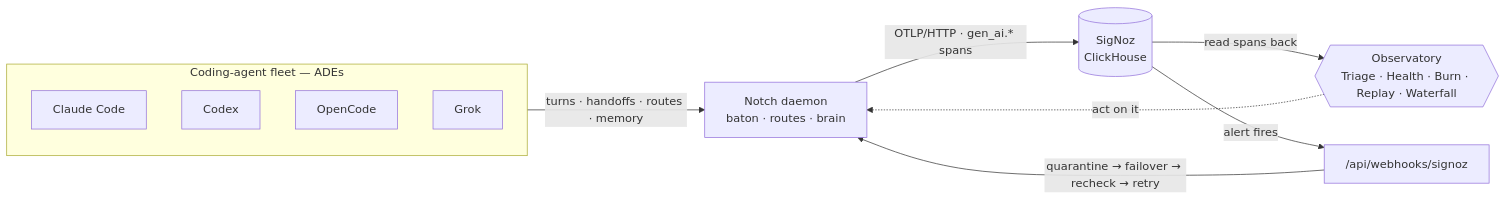
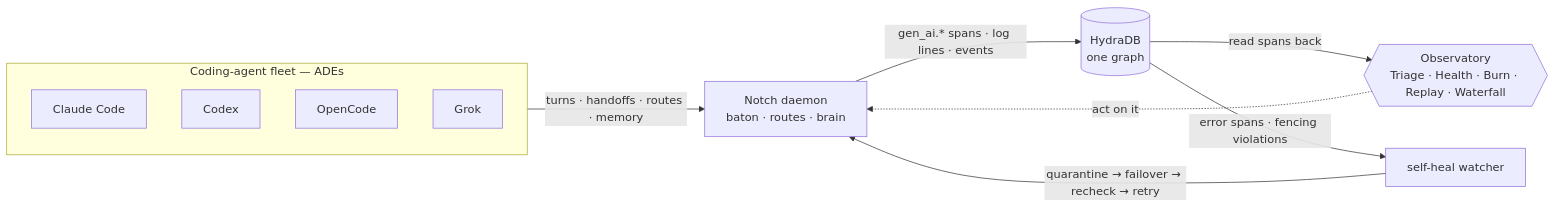
Before and after one commit to nickthelegend/notch: the diagram in README.md, drawn with Mermaid. The commit also changed other lines of this file and 126 other files, not shown here.

````diff
--- a/README.md
+++ b/README.md
@@ -56,15 +172,15 @@
 ```mermaid
 flowchart LR
   subgraph Fleet["Coding-agent fleet — ADEs"]
     CC[Claude Code]
     CX[Codex]
     OC[OpenCode]
     GK[Grok]
   end
   Fleet -->|turns · handoffs · routes · memory| D["Notch daemon<br/>baton · routes · brain"]
-  D -->|"OTLP/HTTP · gen_ai.* spans"| SN[("SigNoz<br/>ClickHouse")]
-  SN -->|read spans back| OB{{"Observatory<br/>Triage · Health · Burn · Replay · Waterfall"}}
-  SN -->|alert fires| WH["/api/webhooks/signoz"]
-  WH -->|"quarantine → failover → recheck → retry"| D
+  D -->|"gen_ai.* spans · log lines · events"| HY[("HydraDB<br/>one graph")]
+  HY -->|read spans back| OB{{"Observatory<br/>Triage · Health · Burn · Replay · Waterfall"}}
+  HY -->|"error spans · fencing violations"| WD["self-heal watcher"]
+  WD -->|"quarantine → failover → recheck → retry"| D
   OB -.->|act on it| D
 ```
````
